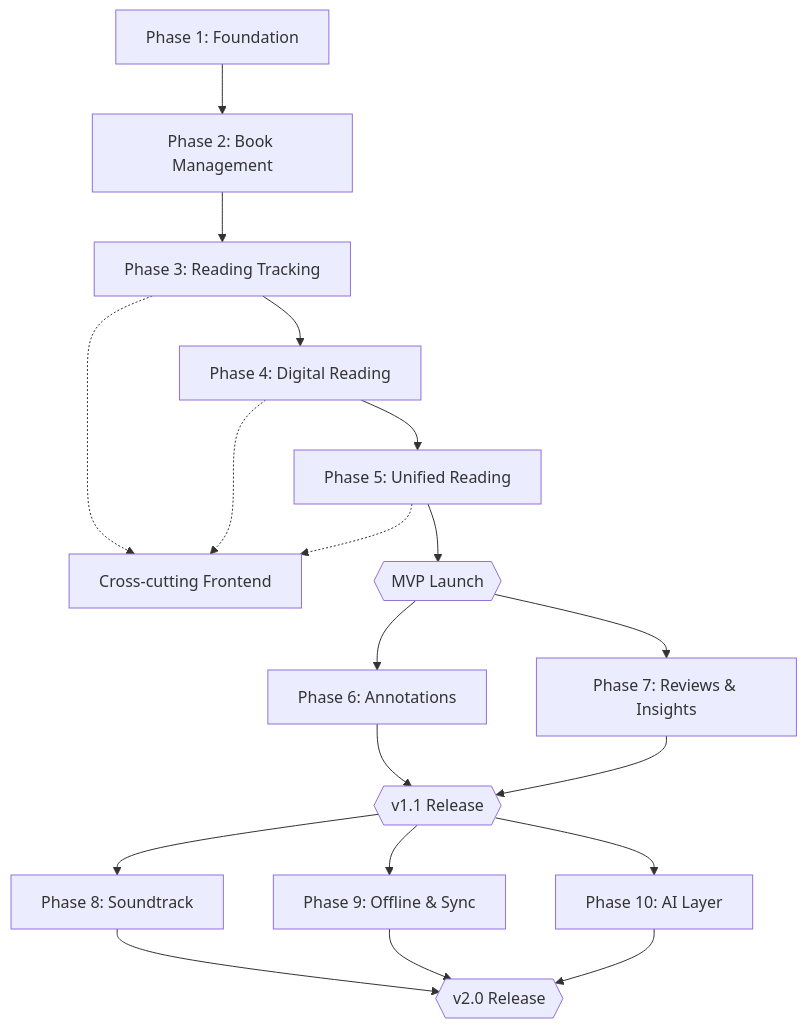
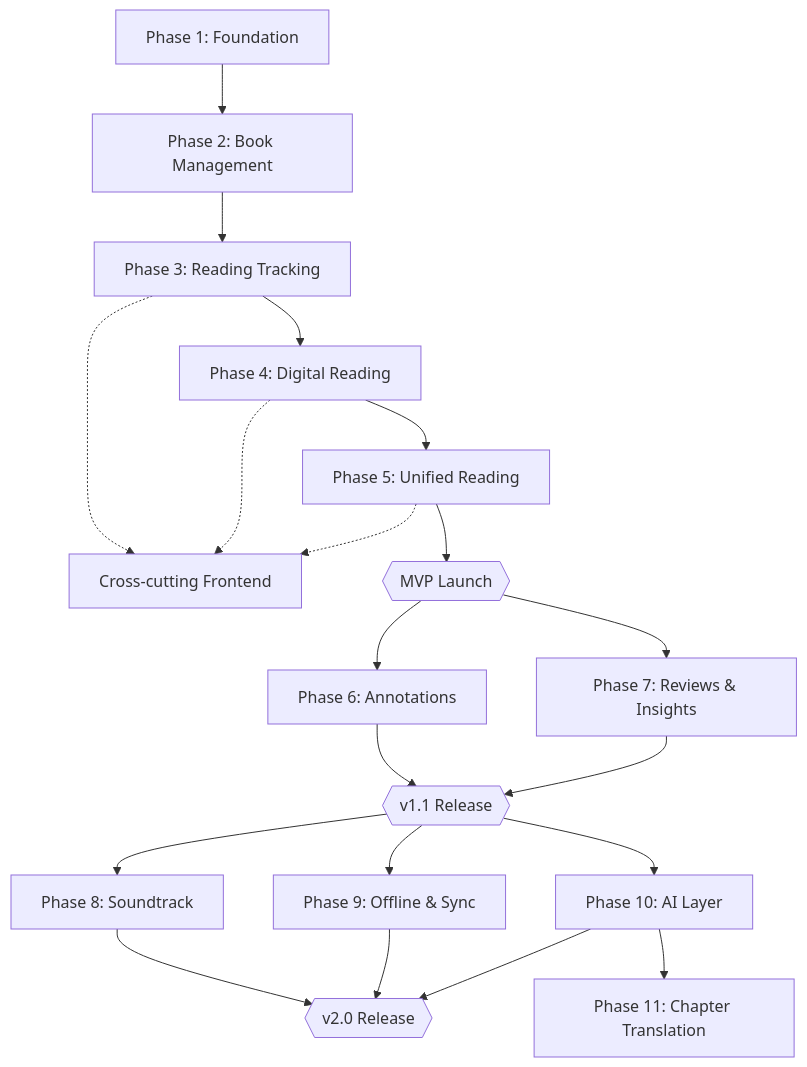
Before and after one commit to Aadhikrish23/Bunko: the diagram in docs/IMPLEMENTATION_PLAN.md, drawn with Mermaid. The commit also changed other lines of this file and 40 other files, not shown here.

First line of the commit message:
feat(phase-11): AI chapter translation (T-087–T-092)

````diff
--- a/docs/IMPLEMENTATION_PLAN.md
+++ b/docs/IMPLEMENTATION_PLAN.md
@@ -46,21 +47,22 @@
 ```mermaid
 flowchart TD
     P1["Phase 1: Foundation"] --> P2["Phase 2: Book Management"]
     P2 --> P3["Phase 3: Reading Tracking"]
     P3 --> P4["Phase 4: Digital Reading"]
     P4 --> P5["Phase 5: Unified Reading"]
     P3 -.-> XF["Cross-cutting Frontend"]
     P4 -.-> XF
     P5 -.-> XF
     P5 --> MVP{{"MVP Launch"}}
     MVP --> P6["Phase 6: Annotations"]
     MVP --> P7["Phase 7: Reviews & Insights"]
     P6 --> V11{{"v1.1 Release"}}
     P7 --> V11
     V11 --> P8["Phase 8: Soundtrack"]
     V11 --> P9["Phase 9: Offline & Sync"]
     V11 --> P10["Phase 10: AI Layer"]
     P8 --> V2{{"v2.0 Release"}}
     P9 --> V2
     P10 --> V2
+    P10 --> P11["Phase 11: Chapter Translation"]
 ```
````
